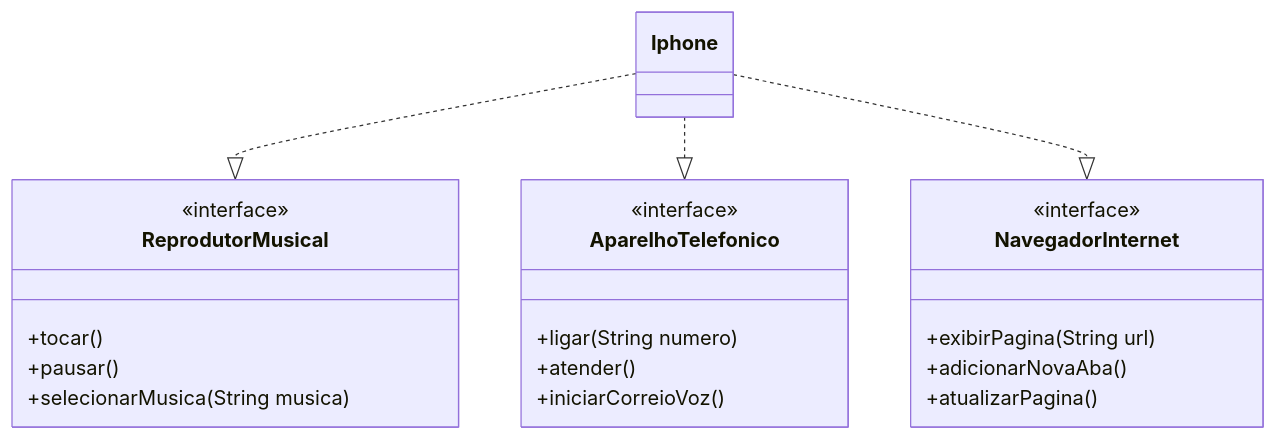
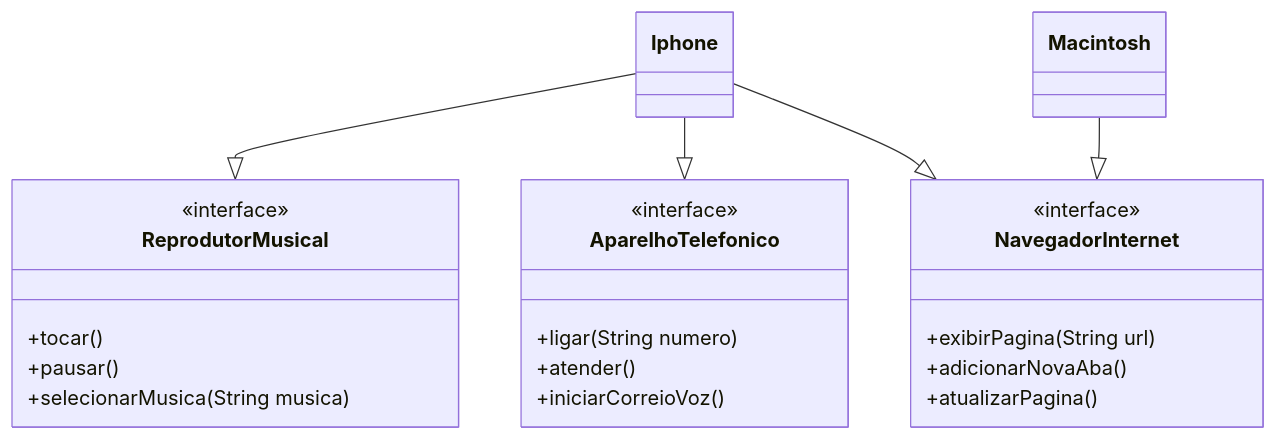
Before and after one commit to Isac-Alves/dio-trilha-java-basico-diagramacao-componente-iphone: the diagram in README.md, drawn with Mermaid. The commit also changed 12 other files, not shown here.

````diff
--- a/README.md
+++ b/README.md
@@ -3,31 +3,35 @@
 ```mermaid
 classDiagram
     class Iphone {
     }
     
     class ReprodutorMusical {
         <<interface>>
         +tocar()
         +pausar()
         +selecionarMusica(String musica)
     }
     
     class AparelhoTelefonico {
         <<interface>>
         +ligar(String numero)
         +atender()
         +iniciarCorreioVoz()
     }
     
     class NavegadorInternet {
         <<interface>>
         +exibirPagina(String url) 
         +adicionarNovaAba() 
         +atualizarPagina()
     }
-    
-    Iphone ..|> ReprodutorMusical
-    Iphone ..|> AparelhoTelefonico
-    Iphone ..|> NavegadorInternet
+    class Macintosh{
+
+    }
+    Macintosh --|> NavegadorInternet
+    Iphone --|> ReprodutorMusical
+    Iphone --|> AparelhoTelefonico
+    Iphone --|> NavegadorInternet
+
 
 ```
````
